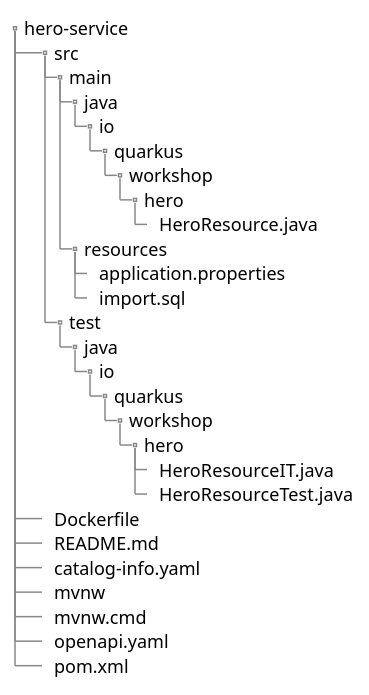
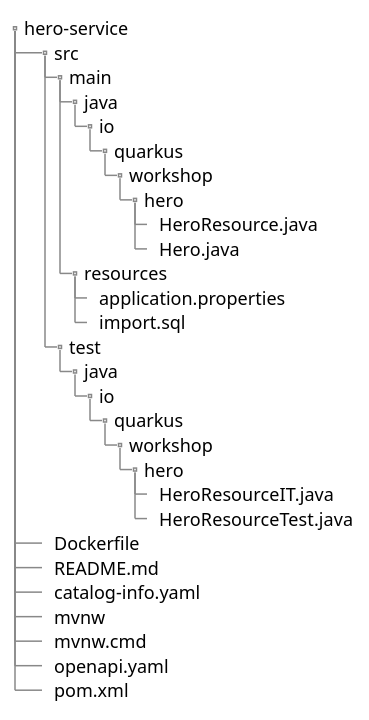
Before and after one commit to cescoffier/quarkus-openshift-workshop: the diagram in docs/docs/diagrams/hero-directory-structure.puml, drawn with PlantUML. The commit also changed 6 other files, not shown here.

```diff
--- a/docs/docs/diagrams/hero-directory-structure.puml
+++ b/docs/docs/diagrams/hero-directory-structure.puml
@@ -1,34 +1,35 @@
 @startsalt
 {
 {
 T
 hero-service
 ++  src
 +++  main
 ++++  java
 +++++  io
 ++++++  quarkus
 +++++++  workshop
 ++++++++  hero
 +++++++++  HeroResource.java
++++++++++  Hero.java
 ++++  resources
 +++++  application.properties
 +++++  import.sql
 +++  test
 ++++  java
 +++++  io
 ++++++  quarkus
 +++++++  workshop
 ++++++++  hero
 +++++++++  HeroResourceIT.java
 +++++++++  HeroResourceTest.java
 ++ Dockerfile
 ++ README.md
 ++ catalog-info.yaml
 ++ mvnw
 ++ mvnw.cmd
 ++ openapi.yaml
 ++ pom.xml
 }
 }
 @endsalt
```
